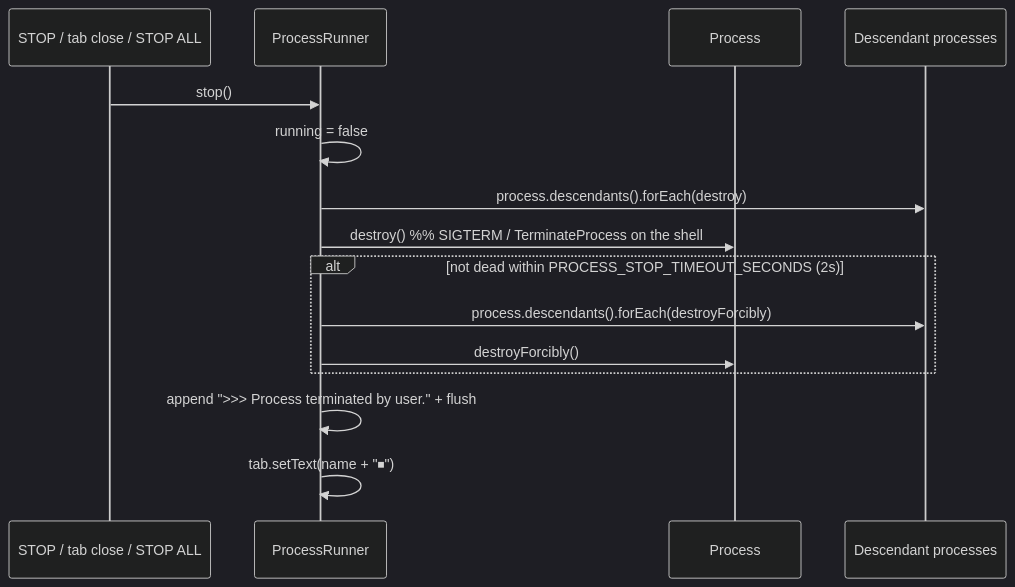
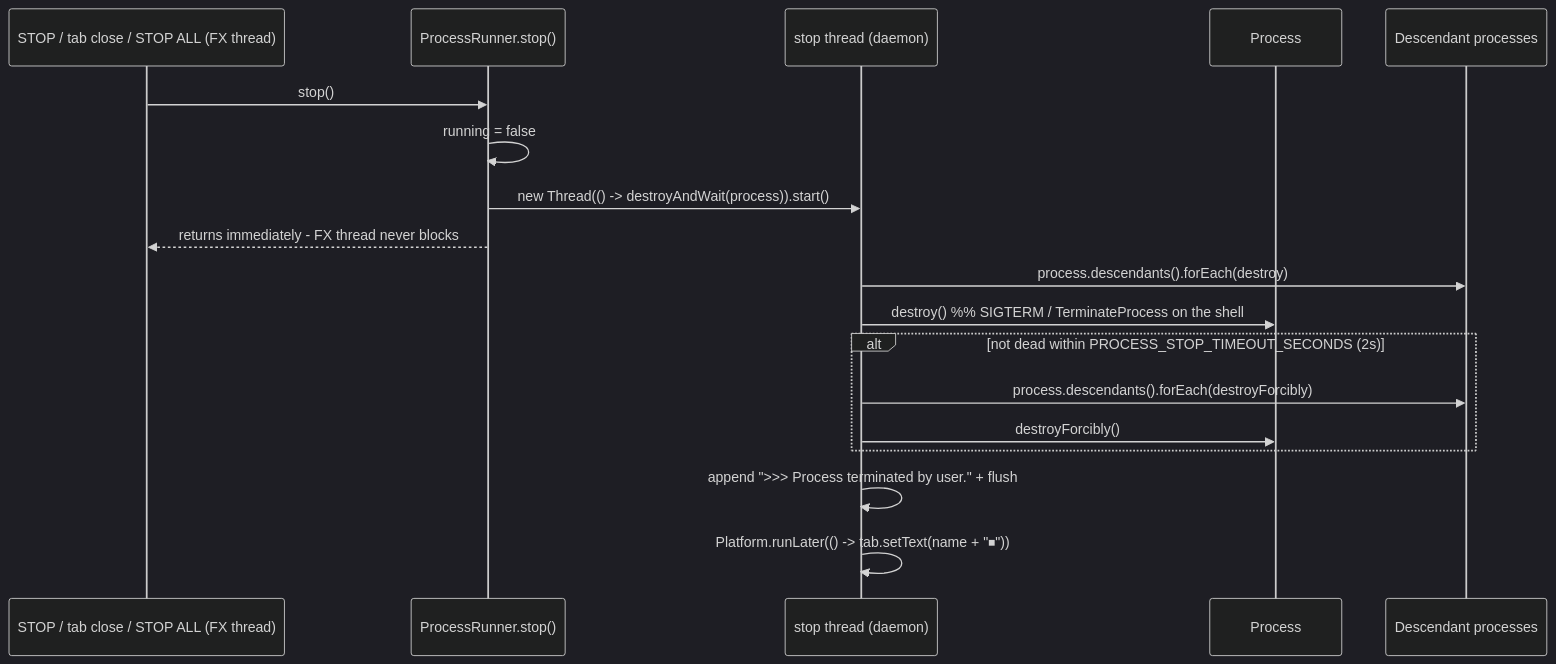
Before and after one commit to SamuiRo/EAShell: the third of 3 diagrams in docs/ARCHITECTURE.md, drawn with Mermaid (dark theme). The commit also changed other lines of this file and 14 other files, not shown here.

````diff
--- a/docs/ARCHITECTURE.md
+++ b/docs/ARCHITECTURE.md
@@ -226,18 +233,21 @@
 ```mermaid
 sequenceDiagram
-    participant Trigger as STOP / tab close / STOP ALL
-    participant PR as ProcessRunner
+    participant Trigger as STOP / tab close / STOP ALL (FX thread)
+    participant PR as ProcessRunner.stop()
+    participant ST as stop thread (daemon)
     participant P as Process
     participant D as Descendant processes
 
     Trigger->>PR: stop()
     PR->>PR: running = false
-    PR->>D: process.descendants().forEach(destroy)
-    PR->>P: destroy()            %% SIGTERM / TerminateProcess on the shell
+    PR->>ST: new Thread(() -> destroyAndWait(process)).start()
+    PR-->>Trigger: returns immediately - FX thread never blocks
+    ST->>D: process.descendants().forEach(destroy)
+    ST->>P: destroy()            %% SIGTERM / TerminateProcess on the shell
     alt not dead within PROCESS_STOP_TIMEOUT_SECONDS (2s)
-        PR->>D: process.descendants().forEach(destroyForcibly)
-        PR->>P: destroyForcibly()
+        ST->>D: process.descendants().forEach(destroyForcibly)
+        ST->>P: destroyForcibly()
     end
-    PR->>PR: append ">>> Process terminated by user." + flush
-    PR->>PR: tab.setText(name + "⏹")
+    ST->>ST: append ">>> Process terminated by user." + flush
+    ST->>ST: Platform.runLater(() -> tab.setText(name + "⏹"))
 ```
````
